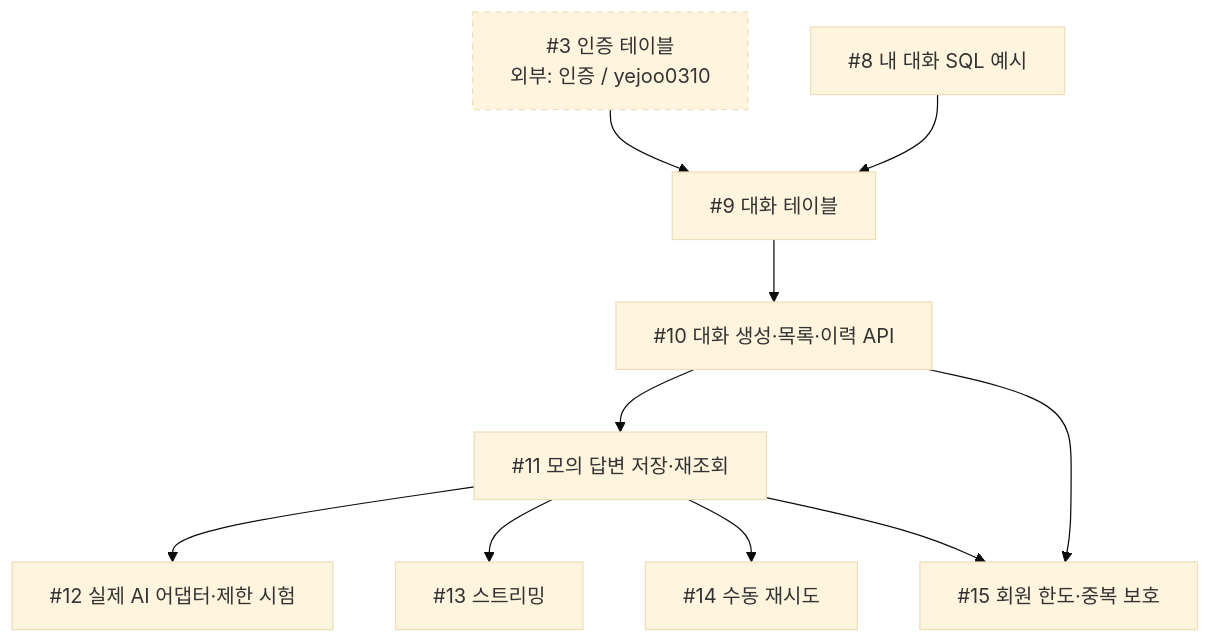
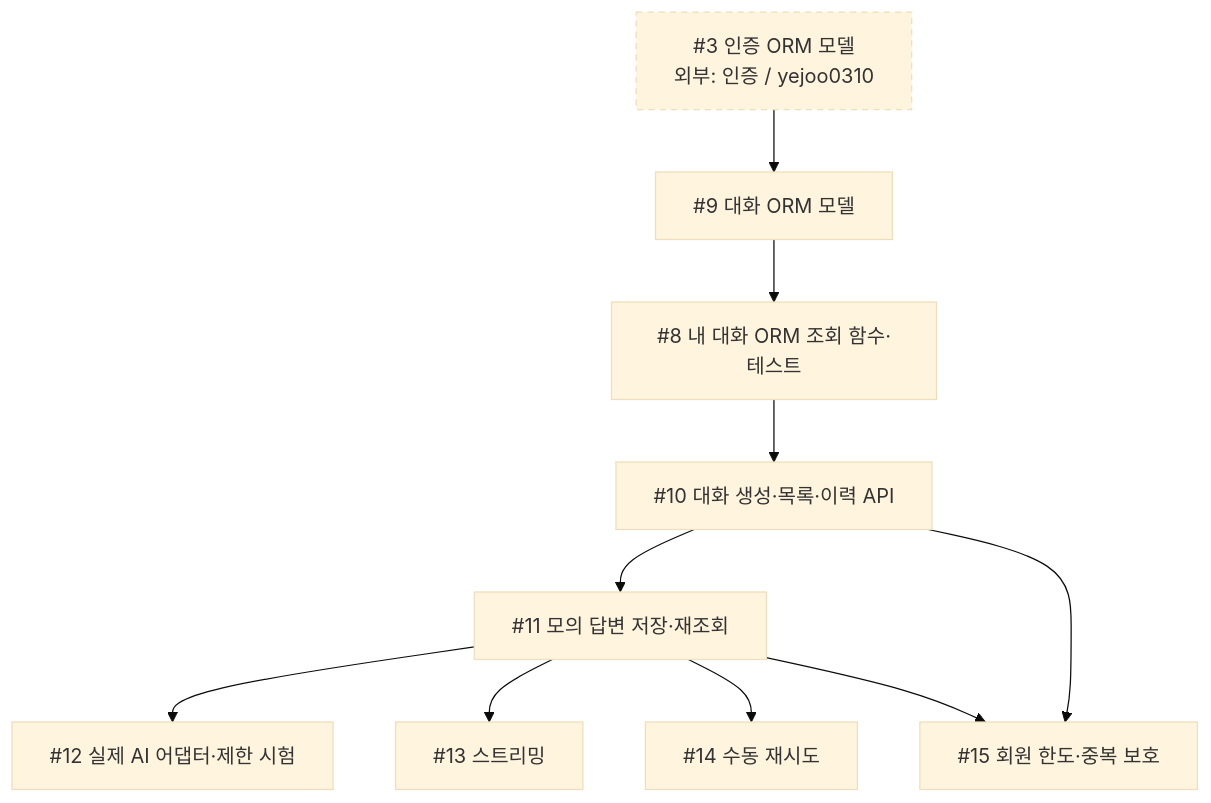
One commit to next-stop-siren/Next-Stop-Siren changed the diagram in docs/chat-flow.md. Above: the diagram before and after it, drawn with Mermaid (base theme). The commit also changed other lines of this file and 14 other files, not shown here.

````diff
--- a/docs/chat-flow.md
+++ b/docs/chat-flow.md
@@ -9,32 +9,32 @@
 ```mermaid
 flowchart TD
-  N3["#3 인증 테이블<br/>외부: 인증 / yejoo0310"]
-  N8["#8 내 대화 SQL 예시"]
-  N9["#9 대화 테이블"]
+  N3["#3 인증 ORM 모델<br/>외부: 인증 / yejoo0310"]
+  N8["#8 내 대화 ORM 조회 함수·테스트"]
+  N9["#9 대화 ORM 모델"]
   N10["#10 대화 생성·목록·이력 API"]
   N11["#11 모의 답변 저장·재조회"]
   N12["#12 실제 AI 어댑터·제한 시험"]
   N13["#13 스트리밍"]
   N14["#14 수동 재시도"]
   N15["#15 회원 한도·중복 보호"]
   N3 --> N9
-  N8 --> N9
-  N9 --> N10
+  N9 --> N8
+  N8 --> N10
   N10 --> N11
   N11 --> N12
   N11 --> N13
   N11 --> N14
   N10 --> N15
   N11 --> N15
   classDef external stroke-dasharray:5 4;
   class N3 external;
   click N3 "https://github.com/next-stop-siren/Next-Stop-Siren/issues/3" "이슈 #3 열기"
   click N8 "https://github.com/next-stop-siren/Next-Stop-Siren/issues/8" "이슈 #8 열기"
   click N9 "https://github.com/next-stop-siren/Next-Stop-Siren/issues/9" "이슈 #9 열기"
   click N10 "https://github.com/next-stop-siren/Next-Stop-Siren/issues/10" "이슈 #10 열기"
   click N11 "https://github.com/next-stop-siren/Next-Stop-Siren/issues/11" "이슈 #11 열기"
   click N12 "https://github.com/next-stop-siren/Next-Stop-Siren/issues/12" "이슈 #12 열기"
   click N13 "https://github.com/next-stop-siren/Next-Stop-Siren/issues/13" "이슈 #13 열기"
   click N14 "https://github.com/next-stop-siren/Next-Stop-Siren/issues/14" "이슈 #14 열기"
   click N15 "https://github.com/next-stop-siren/Next-Stop-Siren/issues/15" "이슈 #15 열기"
 ```
````
